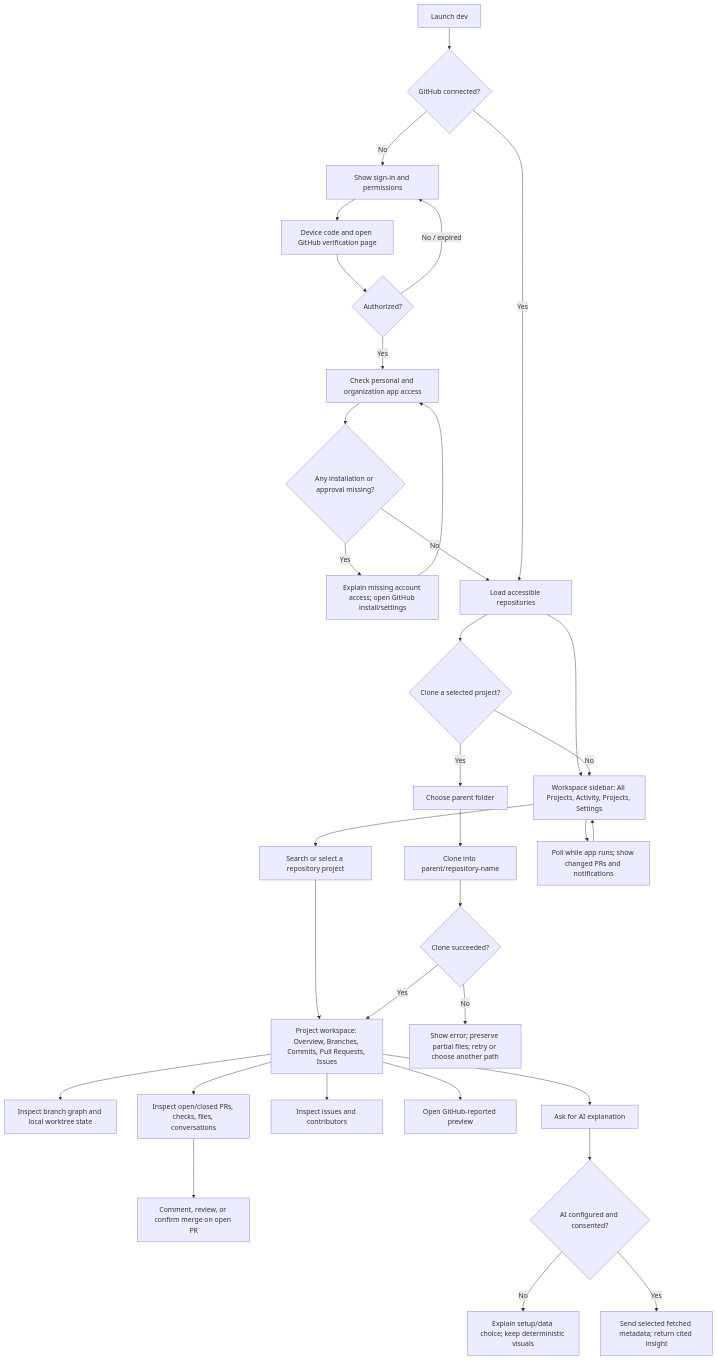
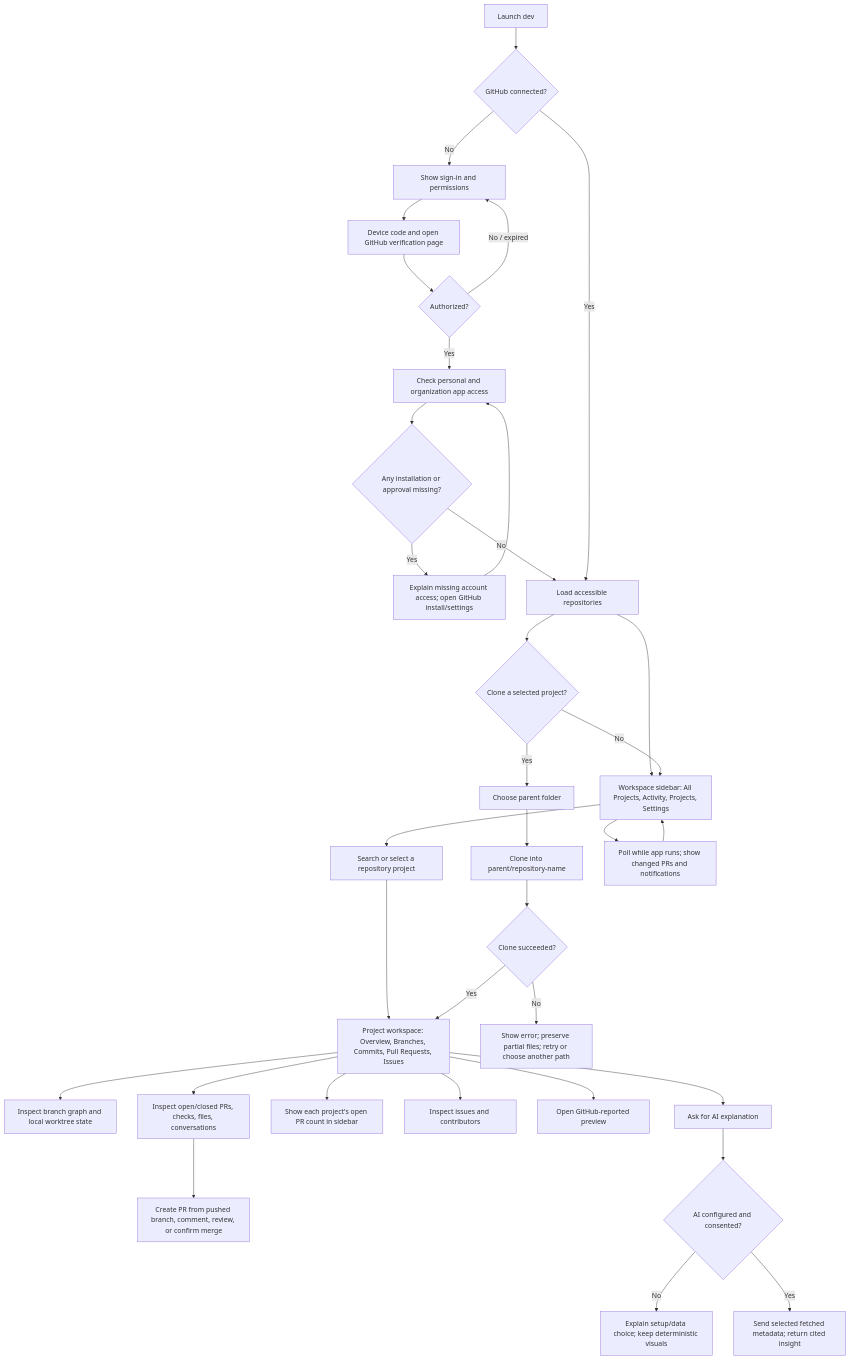
One commit to hiroqt/dev changed the diagram in END_TO_END_FLOW.md. Above: the diagram before and after it, drawn with Mermaid. The commit also changed other lines of this file and 9 other files, not shown here.

````diff
--- a/END_TO_END_FLOW.md
+++ b/END_TO_END_FLOW.md
@@ -5,35 +5,36 @@
 ```mermaid
 flowchart TD
     A[Launch dev] --> B{GitHub connected?}
     B -- No --> C[Show sign-in and permissions]
     C --> D[Device code and open GitHub verification page]
     D --> E{Authorized?}
     E -- No / expired --> C
     E -- Yes --> F[Check personal and organization app access]
     F --> G{Any installation or approval missing?}
     G -- Yes --> H[Explain missing account access; open GitHub install/settings]
     H --> F
     G -- No --> I[Load accessible repositories]
     B -- Yes --> I
     I --> J[Workspace sidebar: All Projects, Activity, Projects, Settings]
     J --> K[Search or select a repository project]
     K --> L[Project workspace: Overview, Branches, Commits, Pull Requests, Issues]
     L --> M[Inspect branch graph and local worktree state]
     L --> N[Inspect open/closed PRs, checks, files, conversations]
-    N --> N1[Comment, review, or confirm merge on open PR]
+    N --> N1[Create PR from pushed branch, comment, review, or confirm merge]
+    L --> N2[Show each project's open PR count in sidebar]
     L --> O[Inspect issues and contributors]
     L --> P[Open GitHub-reported preview]
     L --> Q[Ask for AI explanation]
     Q --> R{AI configured and consented?}
     R -- No --> S[Explain setup/data choice; keep deterministic visuals]
     R -- Yes --> T[Send selected fetched metadata; return cited insight]
     I --> U{Clone a selected project?}
     U -- Yes --> V[Choose parent folder]
     V --> W[Clone into parent/repository-name]
     W --> X{Clone succeeded?}
     X -- No --> Y[Show error; preserve partial files; retry or choose another path]
     X -- Yes --> L
     U -- No --> J
     J --> Z[Poll while app runs; show changed PRs and notifications]
     Z --> J
 ```
````
